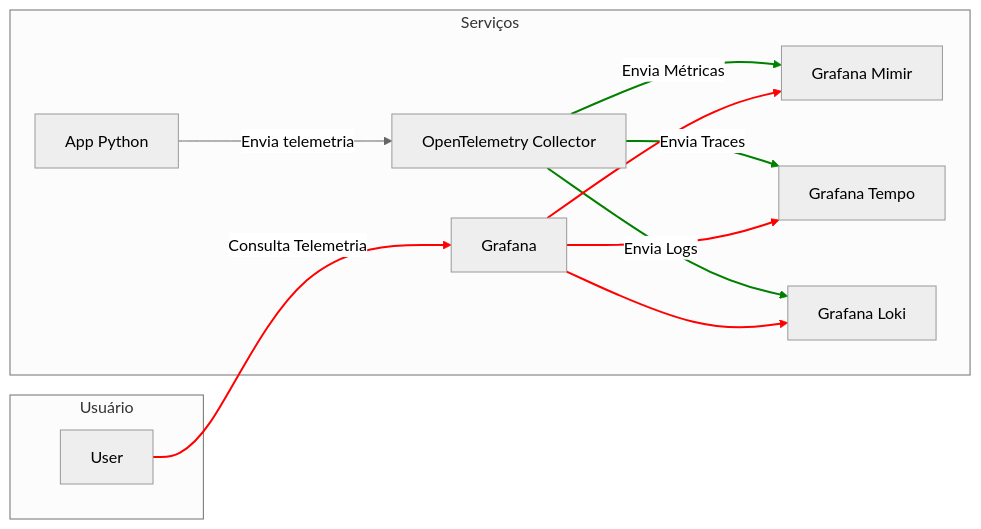
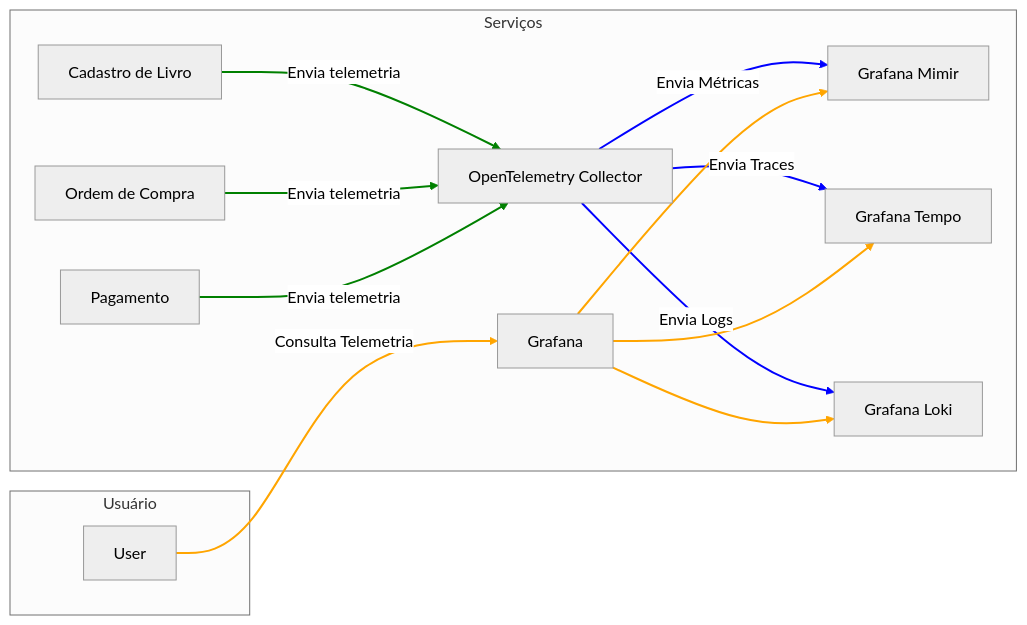
Before and after one commit to EzzioMoreira/guia-opentelemetry: the third of 3 diagrams in docs/module-3/README.md, drawn with Mermaid (neutral theme). The commit also changed other lines of this file and 21 other files, not shown here.

````diff
--- a/docs/module-3/README.md
+++ b/docs/module-3/README.md
@@ -35,34 +98,41 @@
 ```mermaid
 graph LR
     subgraph Usuário
         A[User]
     end
 
     subgraph Serviços
         B[OpenTelemetry Collector]
         C[Grafana]
         D[Grafana Mimir]
         E[Grafana Tempo]
         F[Grafana Loki]
-        G[App Python]
+        G[Cadastro de Livro]
+        H[Ordem de Compra]
+        I[Pagamento]
     end
 
     G -->|Envia telemetria| B
+    H -->|Envia telemetria| B
+    I -->|Envia telemetria| B
     B -- Envia Métricas --> D
     B -- Envia Traces --> E
     B -- Envia Logs --> F
     
     A -- Consulta Telemetria --> C
     C --> D
     C --> E
     C --> F
 
     %% Estilo das conexões
+    linkStyle 0 stroke:green,stroke-width:2px
     linkStyle 1 stroke:green,stroke-width:2px
     linkStyle 2 stroke:green,stroke-width:2px
-    linkStyle 3 stroke:green,stroke-width:2px
-    linkStyle 4 stroke:red,stroke-width:2px
-    linkStyle 5 stroke:red,stroke-width:2px
-    linkStyle 6 stroke:red,stroke-width:2px
-    linkStyle 7 stroke:red,stroke-width:2px
+    linkStyle 3 stroke:blue,stroke-width:2px
+    linkStyle 4 stroke:blue,stroke-width:2px
+    linkStyle 5 stroke:blue,stroke-width:2px
+    linkStyle 6 stroke:orange,stroke-width:2px
+    linkStyle 7 stroke:orange,stroke-width:2px
+    linkStyle 8 stroke:orange,stroke-width:2px
+    linkStyle 9 stroke:orange,stroke-width:2px
 ```
````
